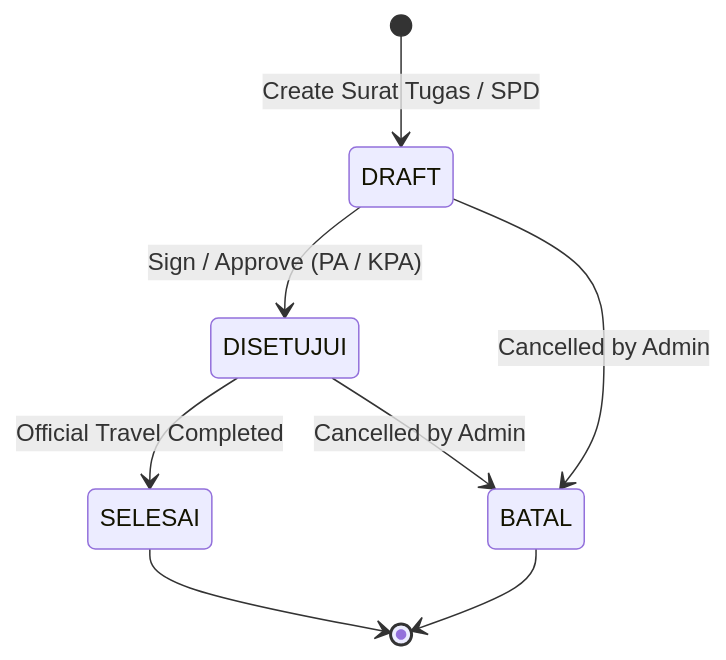
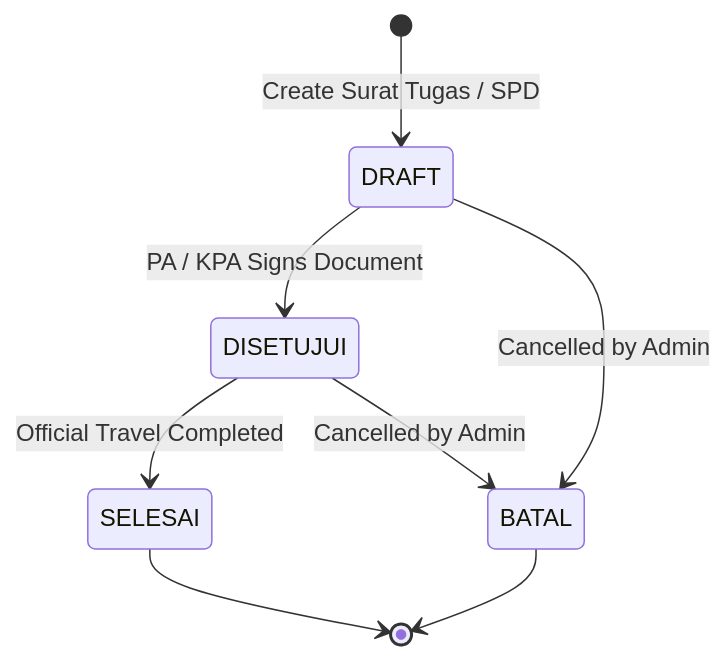
Before and after one commit to earyanto30/e-spd-kab-banggai-laut: the fifth of 6 diagrams in docs/DEVELOPER_DOCUMENTATION.md, drawn with Mermaid. The commit also changed other lines of this file and 5 other files, not shown here.

Commit message:
docs: update technical specifications for UAT-2 layout, dashboard, and schema changes

````diff
--- a/docs/DEVELOPER_DOCUMENTATION.md
+++ b/docs/DEVELOPER_DOCUMENTATION.md
@@ -696,10 +453,10 @@
 ```mermaid
 stateDiagram-v2
     [*] --> DRAFT : Create Surat Tugas / SPD
-    DRAFT --> DISETUJUI : Sign / Approve (PA / KPA)
+    DRAFT --> DISETUJUI : PA / KPA Signs Document
     DISETUJUI --> SELESAI : Official Travel Completed
     DRAFT --> BATAL : Cancelled by Admin
     DISETUJUI --> BATAL : Cancelled by Admin
     SELESAI --> [*]
     BATAL --> [*]
 ```
````
